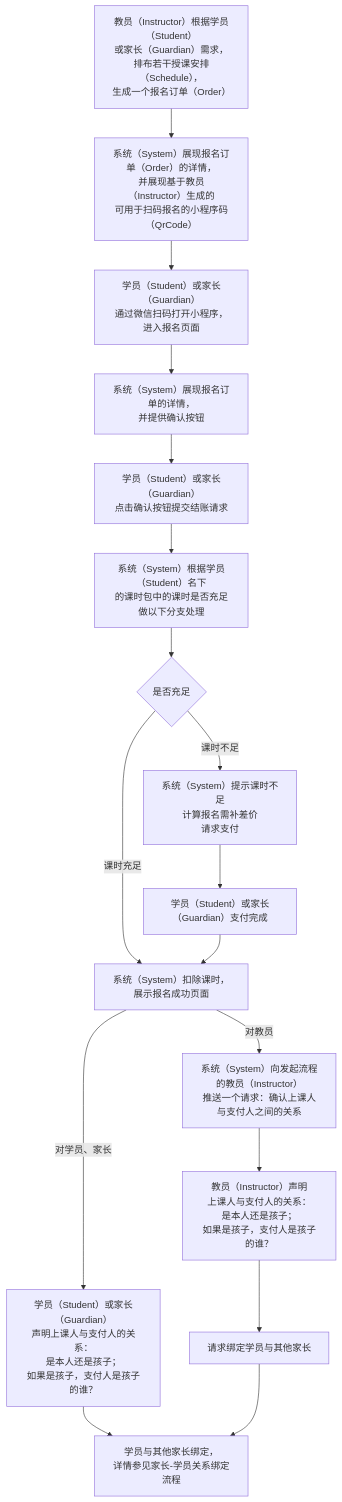
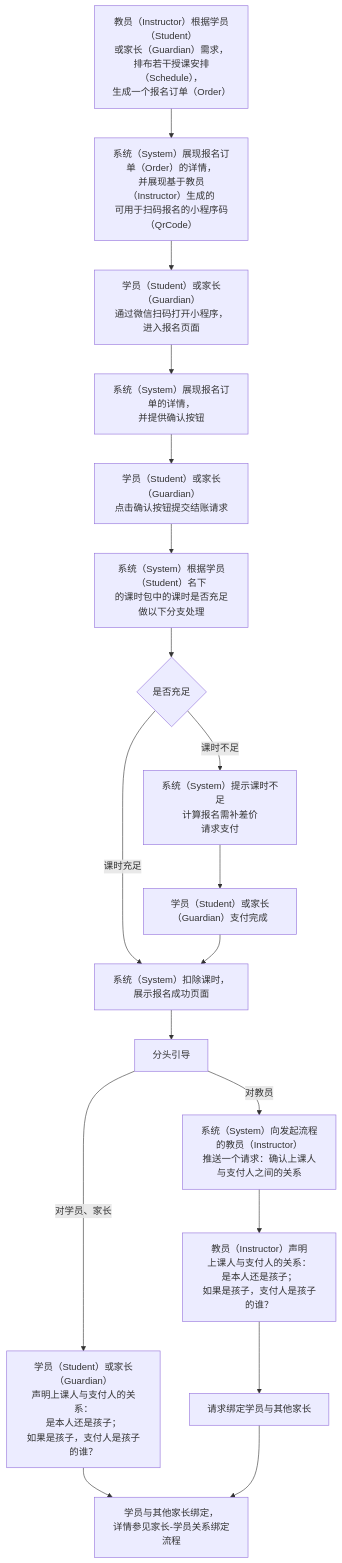
The diagram in 用例/报名.md (world-wide-web/sign), drawn with Mermaid before and after one commit. The commit also changed other lines of this file, not shown here.

````diff
--- a/用例/报名.md
+++ b/用例/报名.md
@@ -8,50 +8,51 @@
 ```mermaid
 graph TD
 
 生成报名订单-->生成报名码
 生成报名码-->扫码报名
 扫码报名-->展现报名订单
 展现报名订单-->确认并提交结账请求
 确认并提交结账请求-->检查课时数量
 检查课时数量-->判断课时数量
 判断课时数量--课时充足-->扣课并提示报名成功
 判断课时数量--课时不足-->请求支付
 请求支付-->支付完成
 支付完成-->扣课并提示报名成功
-扣课并提示报名成功--对教员-->请求身份声明
-扣课并提示报名成功--"对学员、家长"-->支付人身份声明
+扣课并提示报名成功-->分头引导
+分头引导--对教员-->请求身份声明
+分头引导--"对学员、家长"-->支付人身份声明
 请求身份声明-->教员代理身份声明
 教员代理身份声明-->请求绑定学员与其他家长
 支付人身份声明-->学员与其他家长绑定
 请求绑定学员与其他家长-->学员与其他家长绑定
 
 生成报名订单["<center>教员（Instructor）根据学员（Student）<br>或家长（Guardian）需求，<br>排布若干授课安排（Schedule），<br>生成一个报名订单（Order）</center>"]
 
 生成报名码["<center>系统（System）展现报名订单（Order）的详情，<br>并展现基于教员（Instructor）生成的<br>可用于扫码报名的小程序码（QrCode）</center>"]
 
 扫码报名["<center>学员（Student）或家长（Guardian）<br>通过微信扫码打开小程序，进入报名页面</center>"]
 
 展现报名订单["<center>系统（System）展现报名订单的详情，<br>并提供确认按钮</center>"]
 
 确认并提交结账请求["<center>学员（Student）或家长（Guardian）<br>点击确认按钮提交结账请求</center>"]
 
 检查课时数量["<center>系统（System）根据学员（Student）名下<br>的课时包中的课时是否充足做以下分支处理</center>"]
 
 判断课时数量{"<center>是否充足</center>"}
 
 请求支付["<center>系统（System）提示课时不足<br>计算报名需补差价<br>请求支付</center>"]
 
 支付完成["<center>学员（Student）或家长（Guardian）支付完成</center>"]
 
 扣课并提示报名成功["<center>系统（System）扣除课时，展示报名成功页面</center>"]
 
 请求身份声明["<center>系统（System）向发起流程的教员（Instructor）<br>推送一个请求：确认上课人与支付人之间的关系</center>"]
 
 支付人身份声明["<center>学员（Student）或家长（Guardian）<br>声明上课人与支付人的关系：<br>是本人还是孩子；<br>如果是孩子，支付人是孩子的谁？</center>"]
 
 教员代理身份声明["<center>教员（Instructor）声明<br>上课人与支付人的关系：<br>是本人还是孩子；<br>如果是孩子，支付人是孩子的谁？</center>"]
 
 请求绑定学员与其他家长
 
 学员与其他家长绑定["<center>学员与其他家长绑定，<br>详情参见家长-学员关系绑定流程</center>"]
 ```
````
